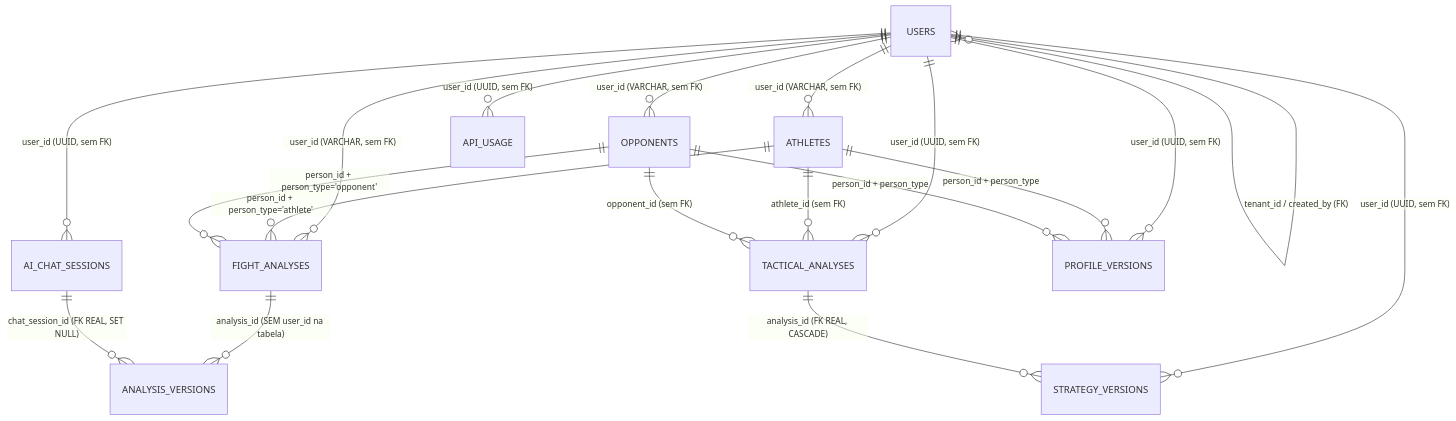
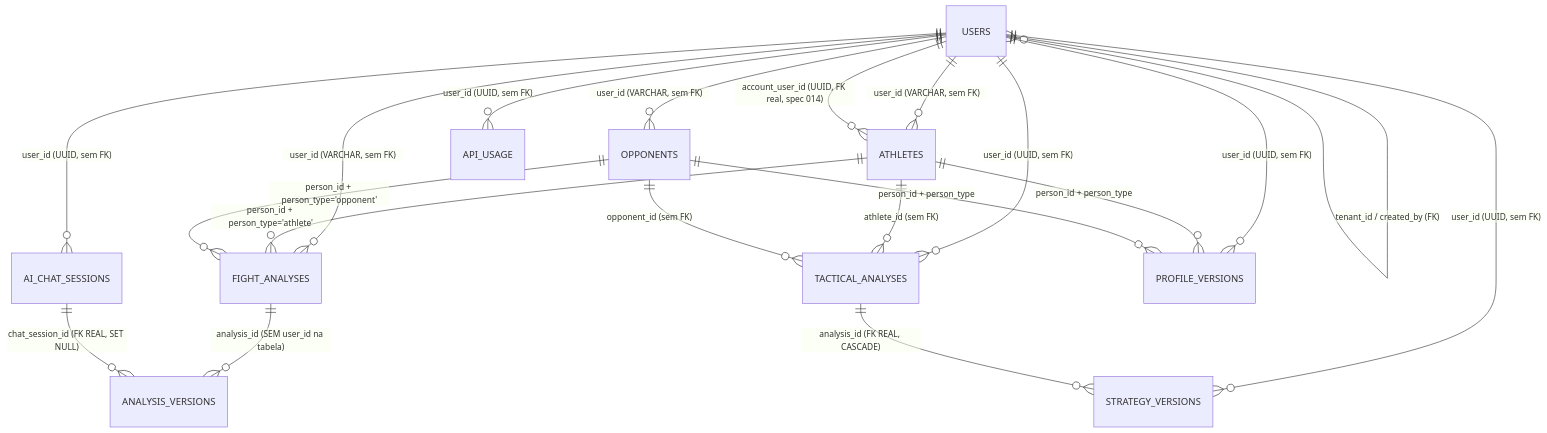
One commit to lucasxtech/JiuMetrics changed the second of 2 diagrams in docs/DATABASE.md. Above: the diagram before and after it, drawn with Mermaid. The commit also changed other lines of this file and 13 other files, not shown here.

Commit message:
docs(spec 014): ADR-014, autorização por perfil, domínio, banco, API, roadmap e changelog

````diff
--- a/docs/DATABASE.md
+++ b/docs/DATABASE.md
@@ -44,23 +44,24 @@
 ```mermaid
 erDiagram
     USERS ||--o{ USERS : "tenant_id / created_by (FK)"
     USERS ||--o{ ATHLETES : "user_id (VARCHAR, sem FK)"
+    USERS ||--o{ ATHLETES : "account_user_id (UUID, FK real, spec 014)"
     USERS ||--o{ OPPONENTS : "user_id (VARCHAR, sem FK)"
     USERS ||--o{ FIGHT_ANALYSES : "user_id (VARCHAR, sem FK)"
     USERS ||--o{ TACTICAL_ANALYSES : "user_id (UUID, sem FK)"
     USERS ||--o{ AI_CHAT_SESSIONS : "user_id (UUID, sem FK)"
     USERS ||--o{ PROFILE_VERSIONS : "user_id (UUID, sem FK)"
     USERS ||--o{ STRATEGY_VERSIONS : "user_id (UUID, sem FK)"
     USERS ||--o{ API_USAGE : "user_id (UUID, sem FK)"
 
     ATHLETES ||--o{ FIGHT_ANALYSES : "person_id + person_type='athlete'"
     OPPONENTS ||--o{ FIGHT_ANALYSES : "person_id + person_type='opponent'"
     ATHLETES ||--o{ TACTICAL_ANALYSES : "athlete_id (sem FK)"
     OPPONENTS ||--o{ TACTICAL_ANALYSES : "opponent_id (sem FK)"
     ATHLETES ||--o{ PROFILE_VERSIONS : "person_id + person_type"
     OPPONENTS ||--o{ PROFILE_VERSIONS : "person_id + person_type"
 
     FIGHT_ANALYSES ||--o{ ANALYSIS_VERSIONS : "analysis_id (SEM user_id na tabela)"
     TACTICAL_ANALYSES ||--o{ STRATEGY_VERSIONS : "analysis_id (FK REAL, CASCADE)"
     AI_CHAT_SESSIONS ||--o{ ANALYSIS_VERSIONS : "chat_session_id (FK REAL, SET NULL)"
 ```
````
